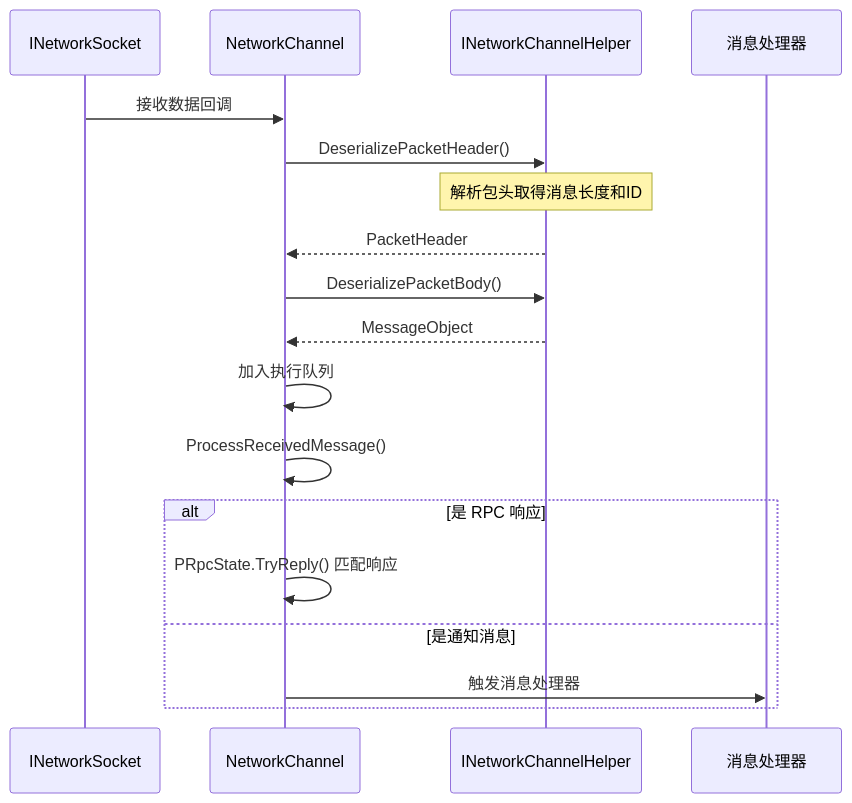
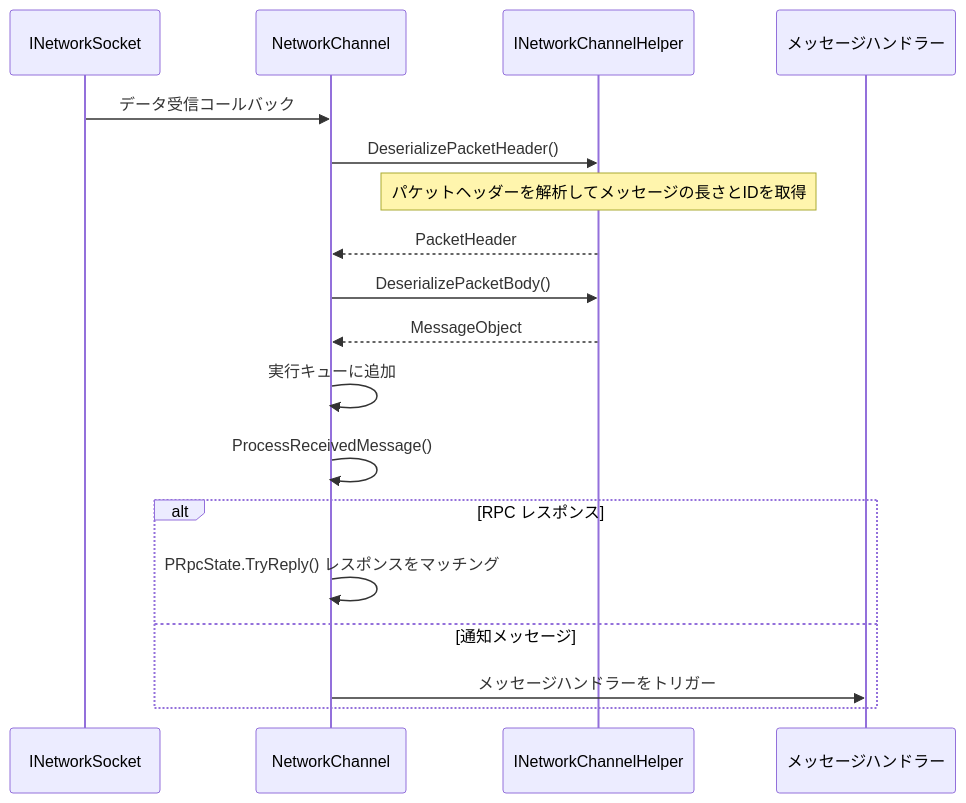
One commit to AlianBlank/GameFrameX.Docs changed the third of 4 diagrams in docs/ja/client/unity/component/network/05.network-channel.md. Above: the diagram before and after it, drawn with Mermaid. The commit also changed other lines of this file and 320 other files, not shown here.

````diff
--- a/docs/ja/client/unity/component/network/05.network-channel.md
+++ b/docs/ja/client/unity/component/network/05.network-channel.md
@@ -130,21 +130,21 @@
 ```mermaid
 sequenceDiagram
     participant Socket as INetworkSocket
     participant Channel as NetworkChannel
     participant Helper as INetworkChannelHelper
-    participant Handler as 消息处理器
+    participant Handler as メッセージハンドラー
     
-    Socket->>Channel: 接收数据回调
+    Socket->>Channel: データ受信コールバック
     Channel->>Helper: DeserializePacketHeader()
-    Note over Helper: 解析包头取得消息长度和ID
+    Note over Helper: パケットヘッダーを解析してメッセージの長さとIDを取得
     Helper-->>Channel: PacketHeader
     Channel->>Helper: DeserializePacketBody()
     Helper-->>Channel: MessageObject
-    Channel->>Channel: 加入执行队列
+    Channel->>Channel: 実行キューに追加
     Channel->>Channel: ProcessReceivedMessage()
-    alt 是 RPC 响应
-        Channel->>Channel: PRpcState.TryReply() 匹配响应
-    else 是通知消息
-        Channel->>Handler: 触发消息处理器
+    alt RPC レスポンス
+        Channel->>Channel: PRpcState.TryReply() レスポンスをマッチング
+    else 通知メッセージ
+        Channel->>Handler: メッセージハンドラーをトリガー
     end
 ```
````
